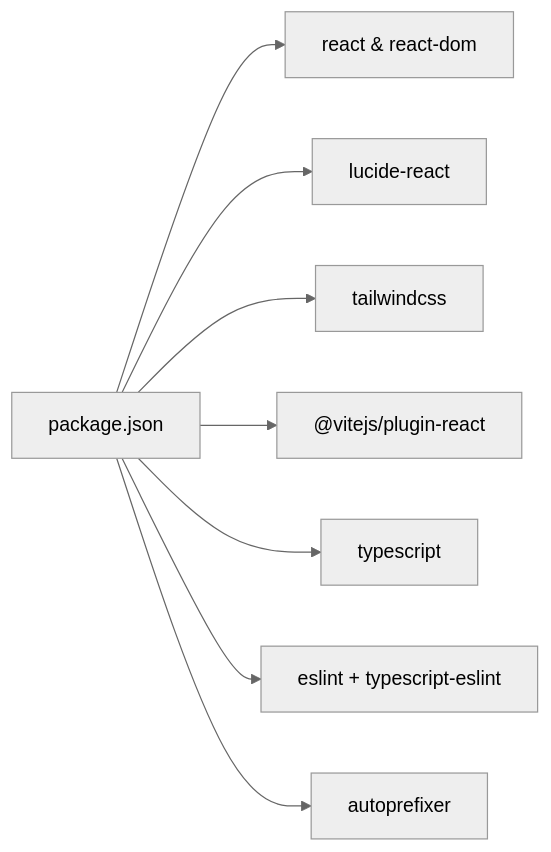
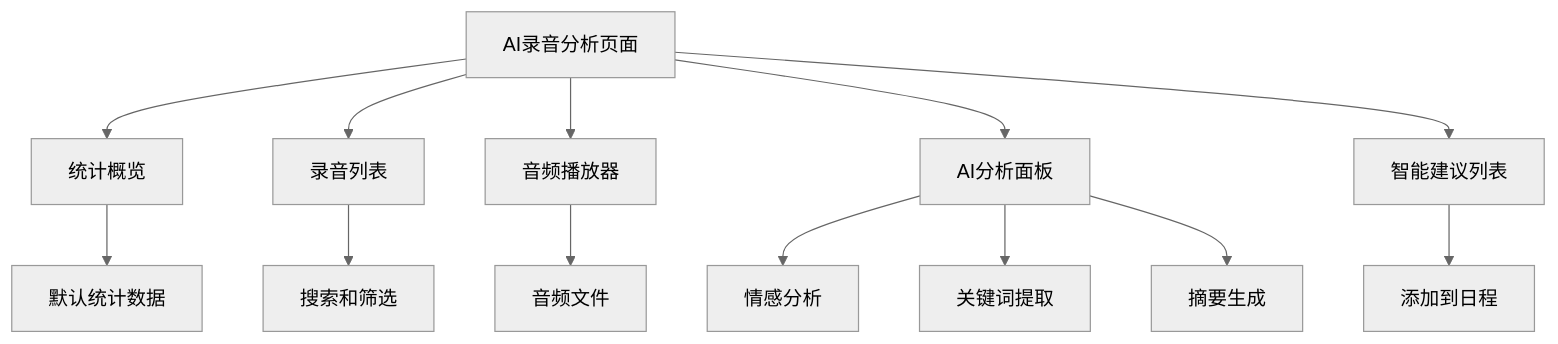
Diagram 11 of 12 in .qoder/repowiki/zh/content/架构设计/技术栈架构.md (xianjianshenqu/SalesFlow-CRM), drawn with Mermaid (neutral theme) before and after one commit. The commit also changed other lines of this file and 17 other files, not shown here.

````diff
--- a/.qoder/repowiki/zh/content/架构设计/技术栈架构.md
+++ b/.qoder/repowiki/zh/content/架构设计/技术栈架构.md
@@ -278,10 +349,15 @@
 ```mermaid
-graph LR
-P["package.json"] --> R["react & react-dom"]
-P --> L["lucide-react"]
-P --> T["tailwindcss"]
-P --> VP["@vitejs/plugin-react"]
-P --> TS["typescript"]
-P --> ESL["eslint + typescript-eslint"]
-P --> AUT["autoprefixer"]
+flowchart TD
+AIAudio["AI录音分析页面"] --> Stats["统计概览"]
+AIAudio --> List["录音列表"]
+AIAudio --> Player["音频播放器"]
+AIAudio --> Analysis["AI分析面板"]
+AIAudio --> Suggestions["智能建议列表"]
+Stats --> DefaultStats["默认统计数据"]
+List --> Filter["搜索和筛选"]
+Player --> AudioFile["音频文件"]
+Analysis --> Sentiment["情感分析"]
+Analysis --> Keywords["关键词提取"]
+Analysis --> Summary["摘要生成"]
+Suggestions --> AddToSchedule["添加到日程"]
 ```
````
